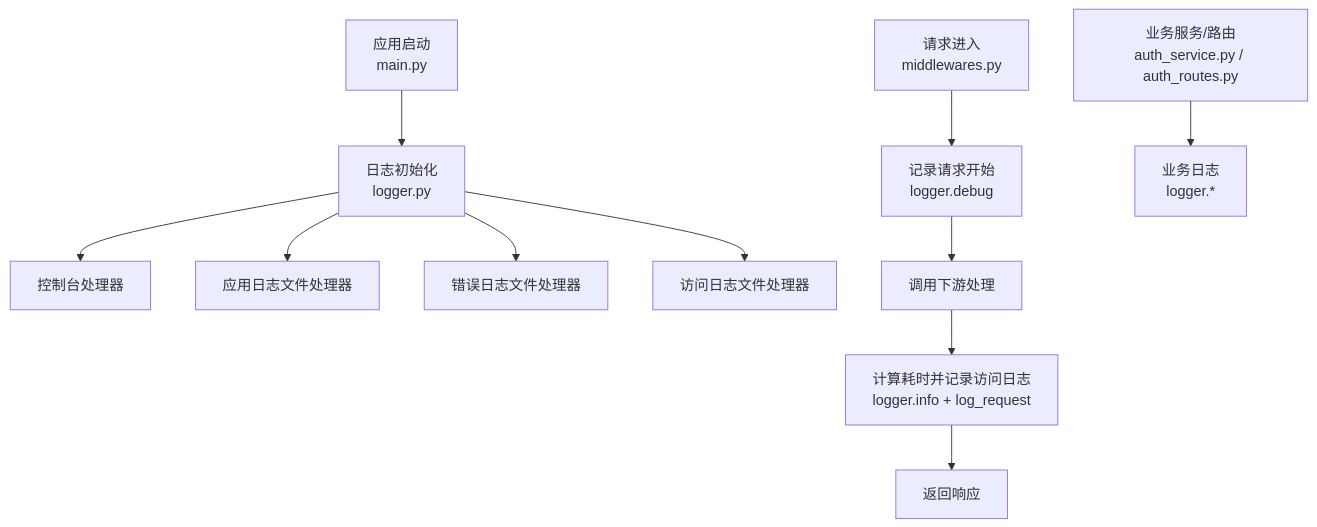
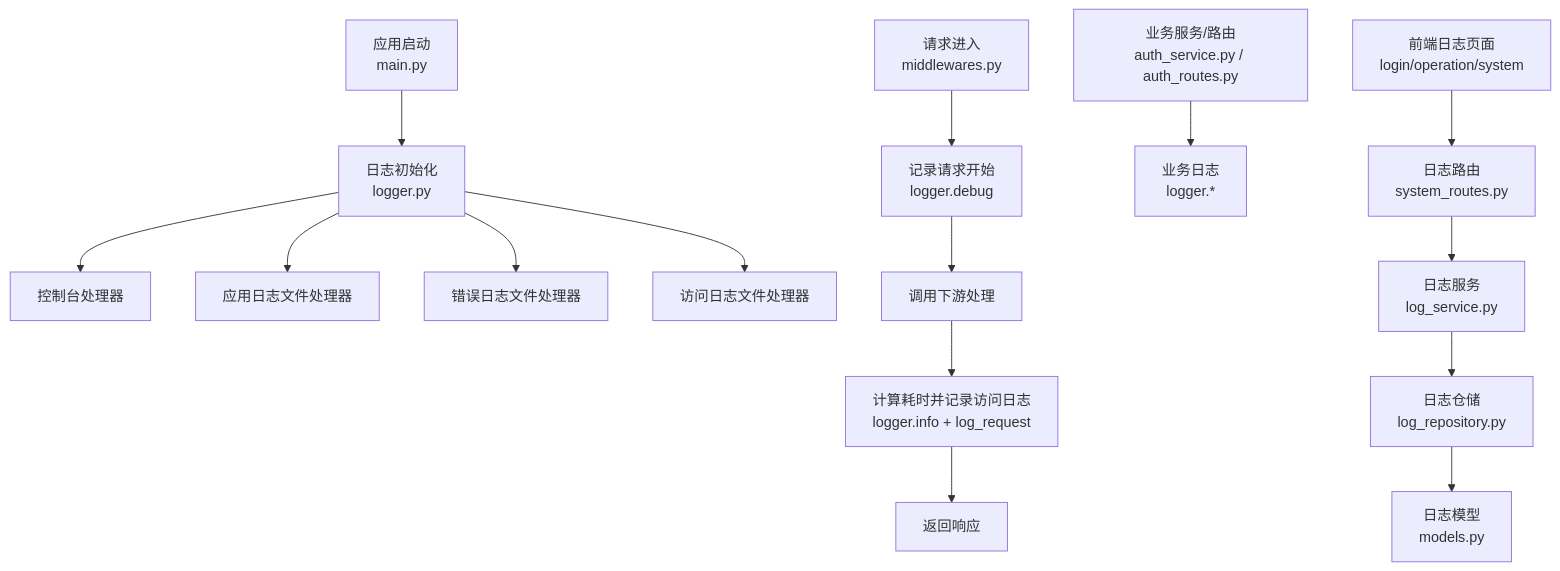
The second of 8 diagrams in .qoder/repowiki/zh/content/核心模块/日志系统.md (taoweidong/Hello-FastApi), drawn with Mermaid before and after one commit. The commit also changed other lines of this file and 9 other files, not shown here.

````diff
--- a/.qoder/repowiki/zh/content/核心模块/日志系统.md
+++ b/.qoder/repowiki/zh/content/核心模块/日志系统.md
@@ -121,13 +177,17 @@
 ```mermaid
 graph TB
 A["应用启动<br/>main.py"] --> B["日志初始化<br/>logger.py"]
 B --> C["控制台处理器"]
 B --> D["应用日志文件处理器"]
 B --> E["错误日志文件处理器"]
 B --> F["访问日志文件处理器"]
 G["请求进入<br/>middlewares.py"] --> H["记录请求开始<br/>logger.debug"]
 H --> I["调用下游处理"]
 I --> J["计算耗时并记录访问日志<br/>logger.info + log_request"]
 J --> K["返回响应"]
 L["业务服务/路由<br/>auth_service.py / auth_routes.py"] --> M["业务日志<br/>logger.*"]
+N["日志路由<br/>system_routes.py"] --> O["日志服务<br/>log_service.py"]
+O --> P["日志仓储<br/>log_repository.py"]
+P --> Q["日志模型<br/>models.py"]
+R["前端日志页面<br/>login/operation/system"] --> N
 ```
````
